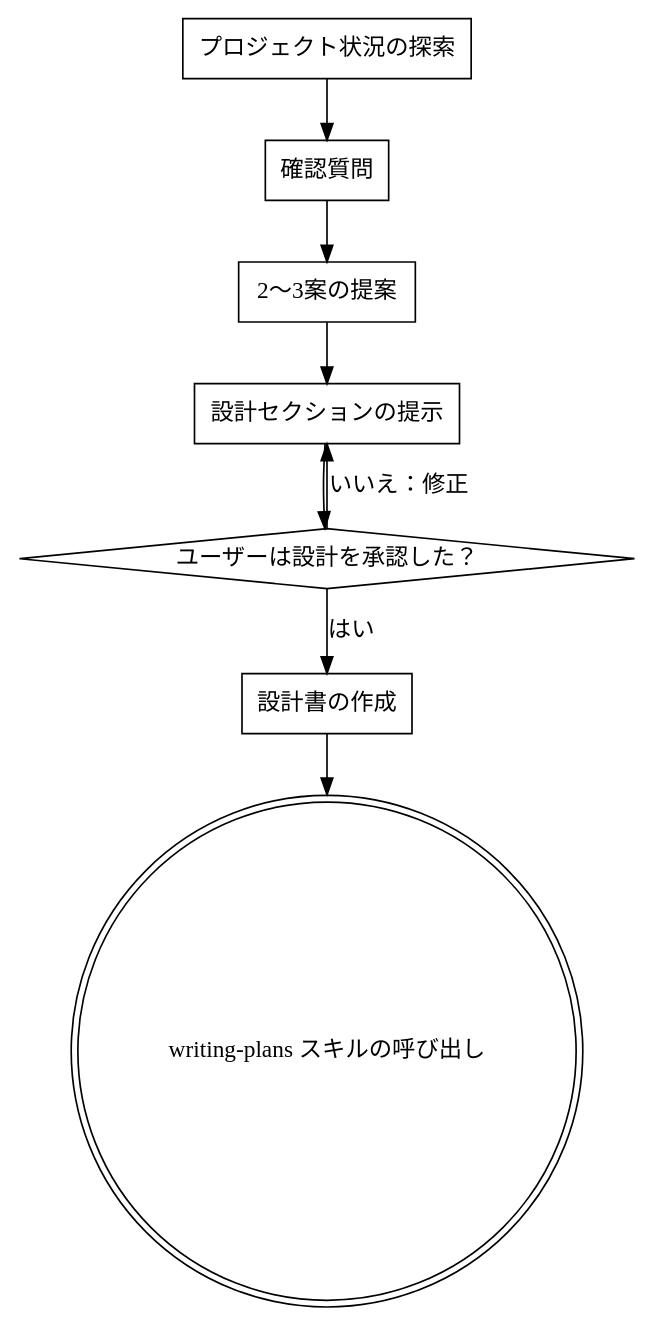
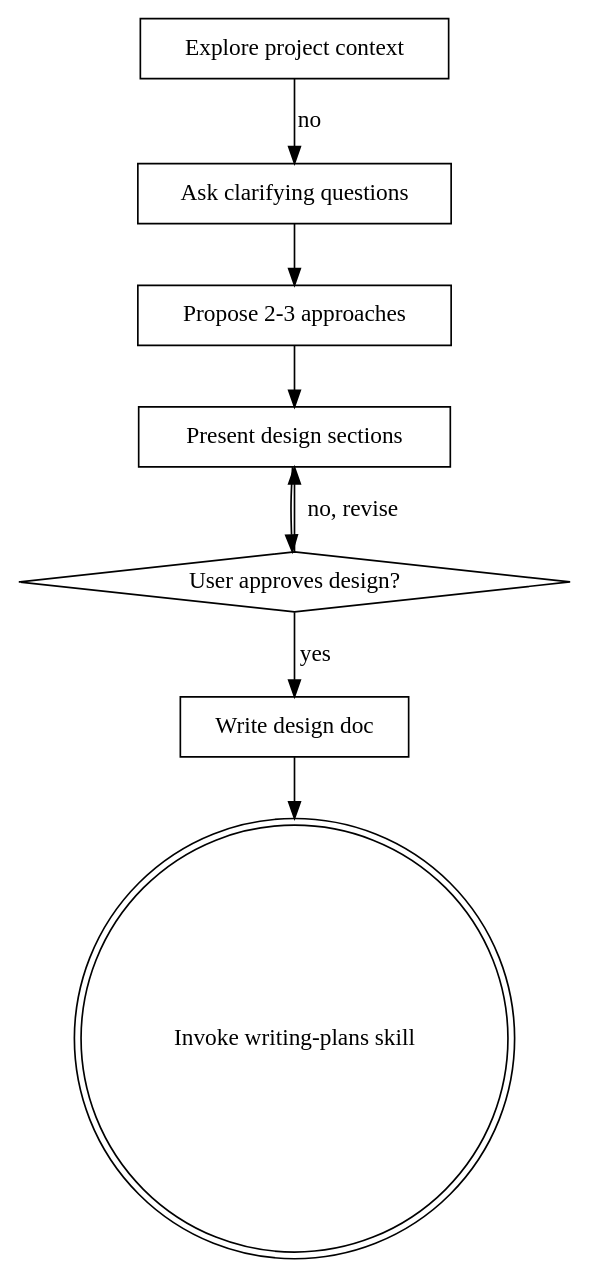
Before and after one commit to syonon/myskills: the diagram in docs/skills-ja/superpowers/brainstorming.md, drawn with Graphviz. The commit also changed other lines of this file and 4 other files, not shown here.

````diff
--- a/docs/skills-ja/superpowers/brainstorming.md
+++ b/docs/skills-ja/superpowers/brainstorming.md
@@ -35,19 +34,19 @@
 ```dot
 digraph brainstorming {
-    "プロジェクト状況の探索" [shape=box];
-    "確認質問" [shape=box];
-    "2〜3案の提案" [shape=box];
-    "設計セクションの提示" [shape=box];
-    "ユーザーは設計を承認した？" [shape=diamond];
-    "設計書の作成" [shape=box];
-    "writing-plans スキルの呼び出し" [shape=doublecircle];
+    "Explore project context" [shape=box];
+    "Ask clarifying questions" [shape=box];
+    "Propose 2-3 approaches" [shape=box];
+    "Present design sections" [shape=box];
+    "User approves design?" [shape=diamond];
+    "Write design doc" [shape=box];
+    "Invoke writing-plans skill" [shape=doublecircle];
 
-    "プロジェクト状況の探索" -> "確認質問";
-    "確認質問" -> "2〜3案の提案";
-    "2〜3案の提案" -> "設計セクションの提示";
-    "設計セクションの提示" -> "ユーザーは設計を承認した？";
-    "ユーザーは設計を承認した？" -> "設計セクションの提示" [label="いいえ：修正"];
-    "ユーザーは設計を承認した？" -> "設計書の作成" [label="はい"];
-    "設計書の作成" -> "writing-plans スキルの呼び出し";
+    "Explore project context" -> "Ask clarifying questions" [label="no"];
+    "Ask clarifying questions" -> "Propose 2-3 approaches";
+    "Propose 2-3 approaches" -> "Present design sections";
+    "Present design sections" -> "User approves design?";
+    "User approves design?" -> "Present design sections" [label="no, revise"];
+    "User approves design?" -> "Write design doc" [label="yes"];
+    "Write design doc" -> "Invoke writing-plans skill";
 }
 ```
````
